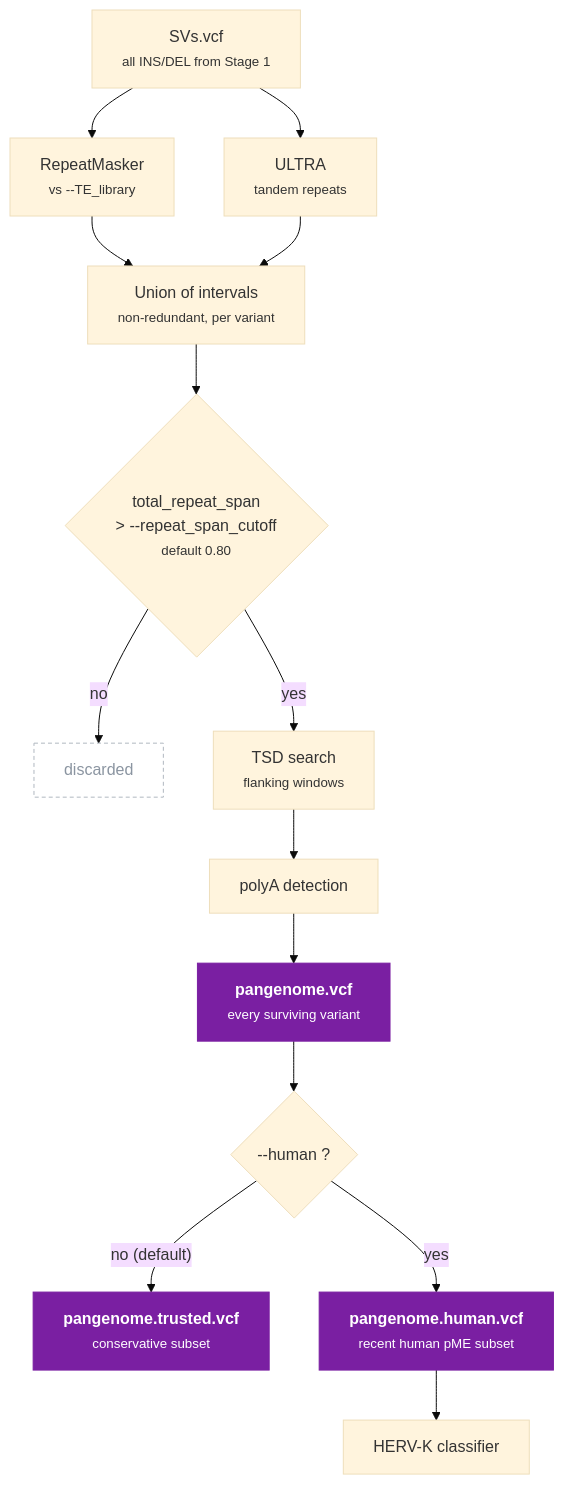
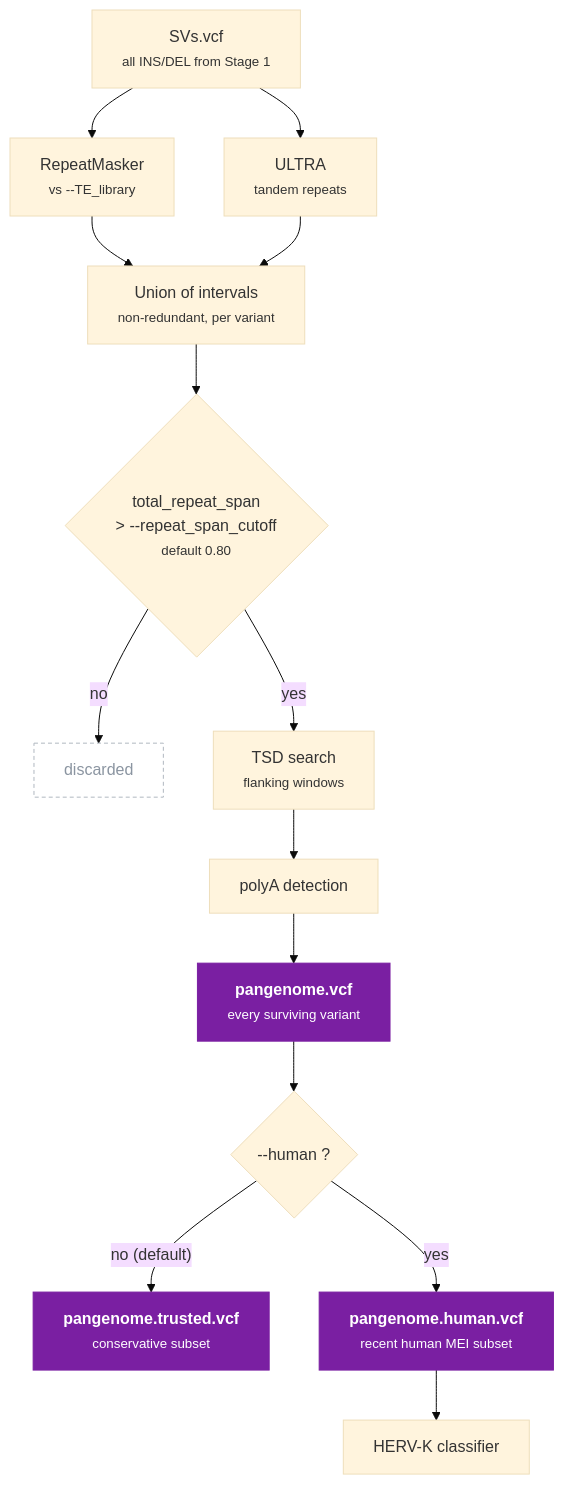
Before and after one commit to cgroza/GraffiTE: the diagram in docs/guides/annotation.md, drawn with Mermaid (base theme). The commit also changed other lines of this file and 20 other files, not shown here.

````diff
--- a/docs/guides/annotation.md
+++ b/docs/guides/annotation.md
@@ -20,30 +20,30 @@
 ```mermaid
 flowchart TD
     IN["SVs.vcf<br/><small>all INS/DEL from Stage 1</small>"]
     RM["RepeatMasker<br/><small>vs --TE_library</small>"]
     UL["ULTRA<br/><small>tandem repeats</small>"]
     UN["Union of intervals<br/><small>non-redundant, per variant</small>"]
     F1{"total_repeat_span<br/>&gt; --repeat_span_cutoff<br/><small>default 0.80</small>"}
     DROP["discarded"]
     TSD["TSD search<br/><small>flanking windows</small>"]
     PA["polyA detection"]
     PG["<b>pangenome.vcf</b><br/><small>every surviving variant</small>"]
     T{"--human ?"}
     TR["<b>pangenome.trusted.vcf</b><br/><small>conservative subset</small>"]
-    HU["<b>pangenome.human.vcf</b><br/><small>recent human pME subset</small>"]
+    HU["<b>pangenome.human.vcf</b><br/><small>recent human MEI subset</small>"]
     HK["HERV-K classifier"]
 
     IN --> RM --> UN
     IN --> UL --> UN
     UN --> F1
     F1 -->|no| DROP
     F1 -->|yes| TSD --> PA --> PG
     PG --> T
     T -->|"no (default)"| TR
     T -->|yes| HU --> HK
 
     classDef out fill:#7a1fa2,stroke:#7a1fa2,color:#fff;
     classDef bad fill:none,stroke:#b0b8c0,color:#8b95a1,stroke-dasharray:4 3;
     class PG,TR,HU out;
     class DROP bad;
 ```
````
